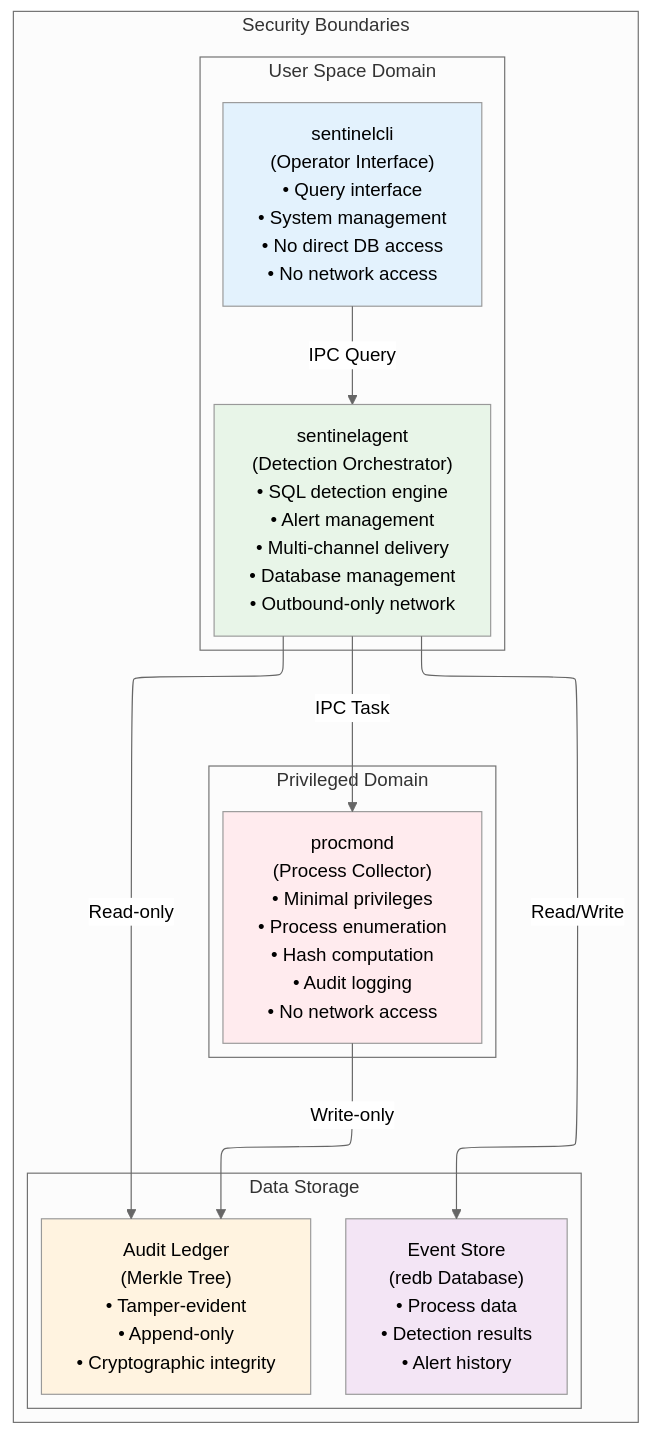
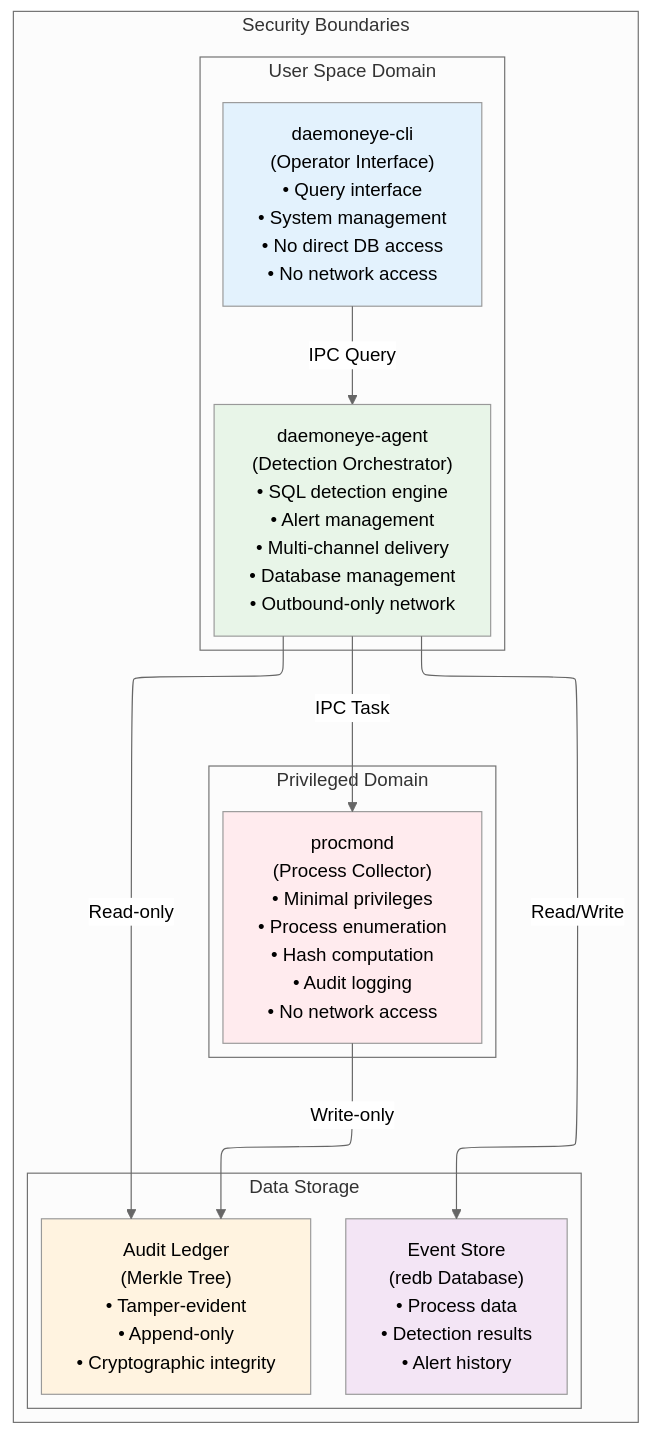
The diagram in docs/src/technical/security_design_overview.md (EvilBit-Labs/DaemonEye), drawn with Mermaid before and after one commit. The commit also changed other lines of this file and 211 other files, not shown here.

````diff
--- a/docs/src/technical/security_design_overview.md
+++ b/docs/src/technical/security_design_overview.md
@@ -35,38 +35,38 @@
 ```mermaid
 ---
 config:
   layout: elk
   theme: neutral
 ---
 
 graph TB
     subgraph "Security Boundaries"
         subgraph "Privileged Domain"
             PM["procmond<br/>(Process Collector)<br/>• Minimal privileges<br/>• Process enumeration<br/>• Hash computation<br/>• Audit logging<br/>• No network access"]
         end
 
         subgraph "User Space Domain"
-            SA["sentinelagent<br/>(Detection Orchestrator)<br/>• SQL detection engine<br/>• Alert management<br/>• Multi-channel delivery<br/>• Database management<br/>• Outbound-only network"]
+            SA["daemoneye-agent<br/>(Detection Orchestrator)<br/>• SQL detection engine<br/>• Alert management<br/>• Multi-channel delivery<br/>• Database management<br/>• Outbound-only network"]
 
-            CLI["sentinelcli<br/>(Operator Interface)<br/>• Query interface<br/>• System management<br/>• No direct DB access<br/>• No network access"]
+            CLI["daemoneye-cli<br/>(Operator Interface)<br/>• Query interface<br/>• System management<br/>• No direct DB access<br/>• No network access"]
         end
 
         subgraph "Data Storage"
             AUDIT["Audit Ledger<br/>(Merkle Tree)<br/>• Tamper-evident<br/>• Append-only<br/>• Cryptographic integrity"]
 
             STORE["Event Store<br/>(redb Database)<br/>• Process data<br/>• Detection results<br/>• Alert history"]
         end
     end
 
     PM -->|Write-only| AUDIT
     SA -->|Read/Write| STORE
     SA -->|Read-only| AUDIT
     CLI -->|IPC Query| SA
     SA -->|IPC Task| PM
 
     style PM fill:#ffebee
     style SA fill:#e8f5e8
     style CLI fill:#e3f2fd
     style AUDIT fill:#fff3e0
     style STORE fill:#f3e5f5
 ```
````
